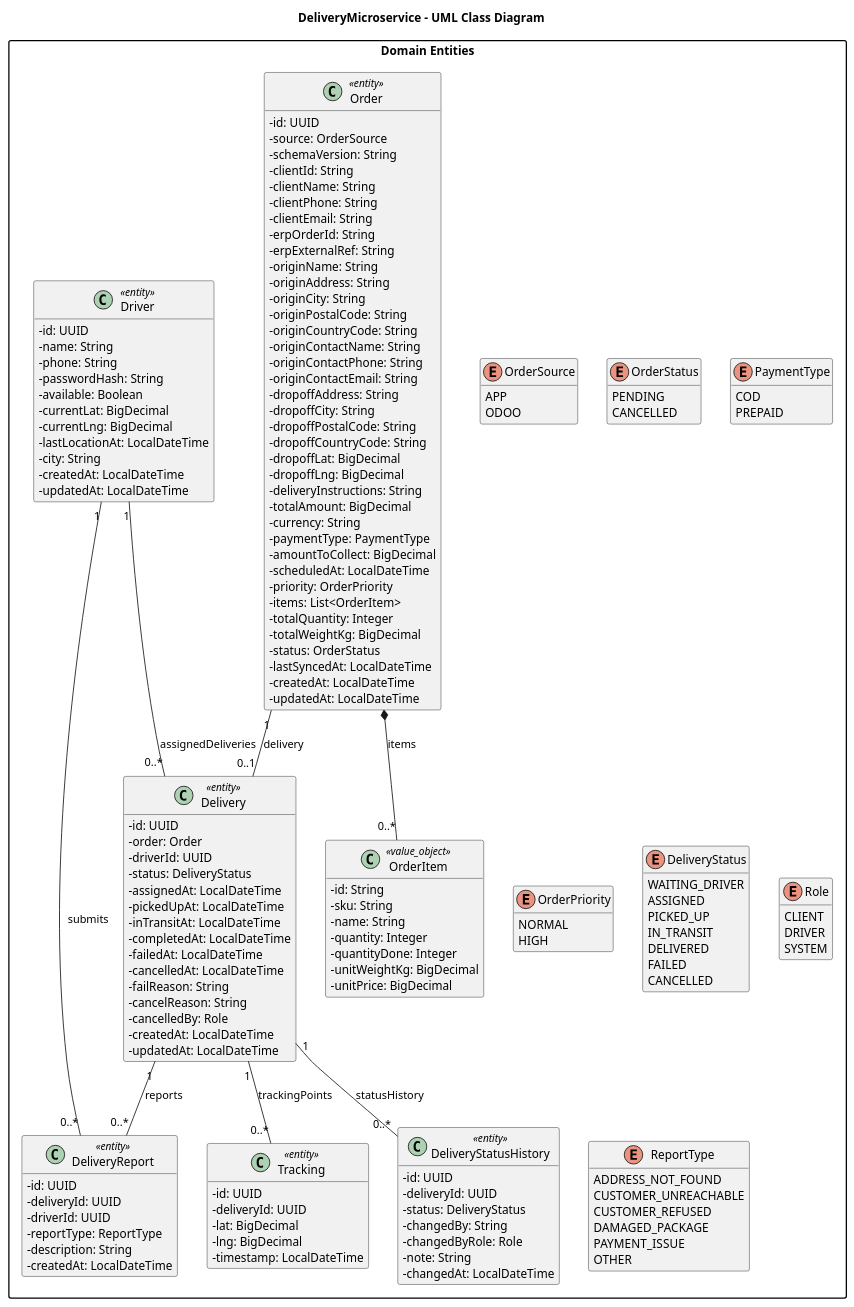
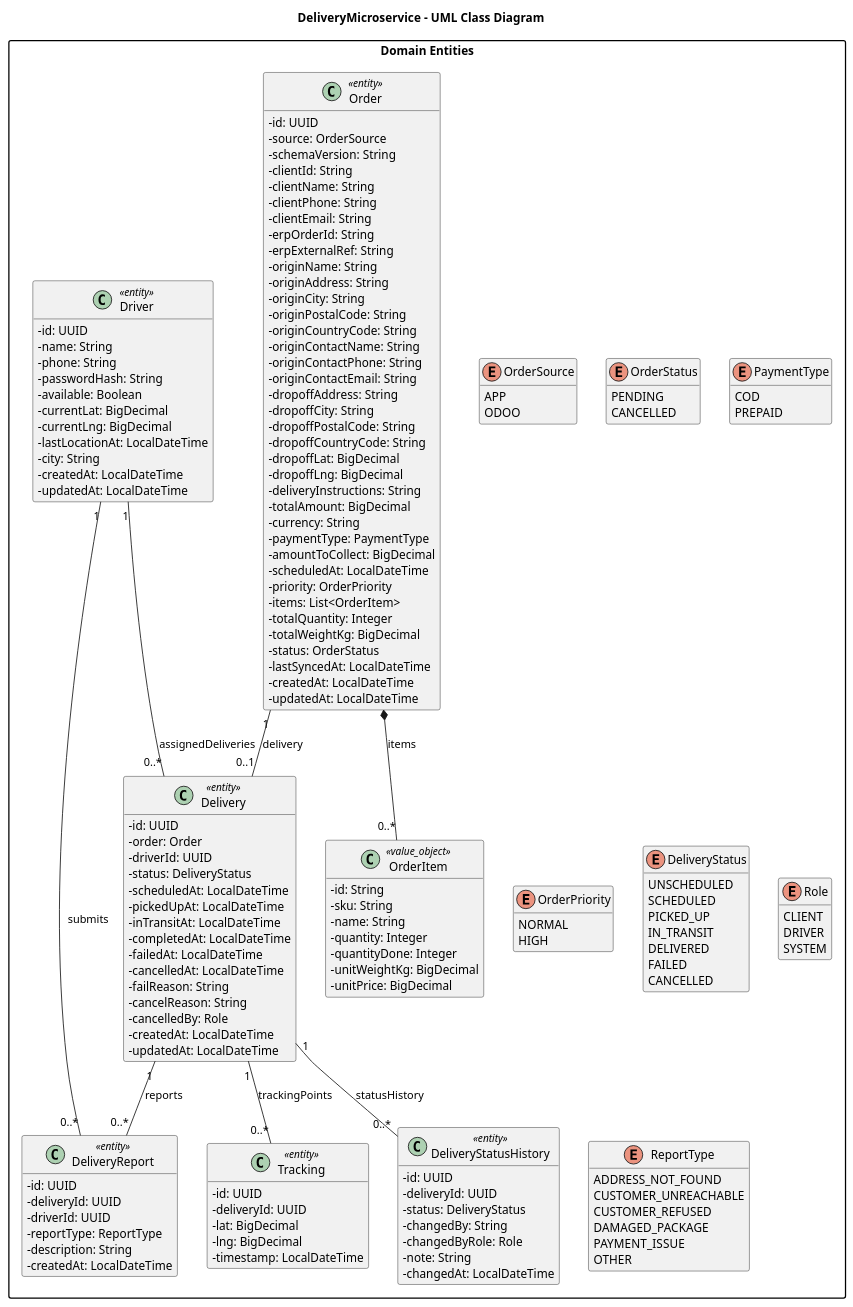
The diagram in Microservices/DeliveryMicroservice/uml/delivery_class_domain_model.puml (Moaziz667/asm-track), drawn with PlantUML before and after one commit. The commit also changed 376 other files, not shown here.

```diff
--- a/Microservices/DeliveryMicroservice/uml/delivery_class_domain_model.puml
+++ b/Microservices/DeliveryMicroservice/uml/delivery_class_domain_model.puml
@@ -1,174 +1,174 @@
 @startuml delivery_class_domain_model
 skinparam shadowing false
 skinparam classAttributeIconSize 0
 skinparam packageStyle rectangle
 hide empty members
 
 title DeliveryMicroservice - UML Class Diagram 
 
 package "Domain Entities" {
 	class Order <<entity>> {
 		- id: UUID
 		- source: OrderSource
 		- schemaVersion: String
 		- clientId: String
 		- clientName: String
 		- clientPhone: String
 		- clientEmail: String
 		- erpOrderId: String
 		- erpExternalRef: String
 		- originName: String
 		- originAddress: String
 		- originCity: String
 		- originPostalCode: String
 		- originCountryCode: String
 		- originContactName: String
 		- originContactPhone: String
 		- originContactEmail: String
 		- dropoffAddress: String
 		- dropoffCity: String
 		- dropoffPostalCode: String
 		- dropoffCountryCode: String
 		- dropoffLat: BigDecimal
 		- dropoffLng: BigDecimal
 		- deliveryInstructions: String
 		- totalAmount: BigDecimal
 		- currency: String
 		- paymentType: PaymentType
 		- amountToCollect: BigDecimal
 		- scheduledAt: LocalDateTime
 		- priority: OrderPriority
 		- items: List<OrderItem>
 		- totalQuantity: Integer
 		- totalWeightKg: BigDecimal
 		- status: OrderStatus
 		- lastSyncedAt: LocalDateTime
 		- createdAt: LocalDateTime
 		- updatedAt: LocalDateTime
 	}
 
 	class Delivery <<entity>> {
 		- id: UUID
 		- order: Order
 		- driverId: UUID
 		- status: DeliveryStatus
-		- assignedAt: LocalDateTime
+		- scheduledAt: LocalDateTime
 		- pickedUpAt: LocalDateTime
 		- inTransitAt: LocalDateTime
 		- completedAt: LocalDateTime
 		- failedAt: LocalDateTime
 		- cancelledAt: LocalDateTime
 		- failReason: String
 		- cancelReason: String
 		- cancelledBy: Role
 		- createdAt: LocalDateTime
 		- updatedAt: LocalDateTime
 	}
 
 	class Driver <<entity>> {
 		- id: UUID
 		- name: String
 		- phone: String
 		- passwordHash: String
 		- available: Boolean
 		- currentLat: BigDecimal
 		- currentLng: BigDecimal
 		- lastLocationAt: LocalDateTime
 		- city: String
 		- createdAt: LocalDateTime
 		- updatedAt: LocalDateTime
 	}
 
 	class Tracking <<entity>> {
 		- id: UUID
 		- deliveryId: UUID
 		- lat: BigDecimal
 		- lng: BigDecimal
 		- timestamp: LocalDateTime
 	}
 
 	class DeliveryStatusHistory <<entity>> {
 		- id: UUID
 		- deliveryId: UUID
 		- status: DeliveryStatus
 		- changedBy: String
 		- changedByRole: Role
 		- note: String
 		- changedAt: LocalDateTime
 	}
 
 	class DeliveryReport <<entity>> {
 		- id: UUID
 		- deliveryId: UUID
 		- driverId: UUID
 		- reportType: ReportType
 		- description: String
 		- createdAt: LocalDateTime
 	}
 
 	enum OrderSource {
 		APP
 		ODOO
 	}
 
 	enum OrderStatus {
 		PENDING
 		CANCELLED
 	}
 
 	enum PaymentType {
 		COD
 		PREPAID
 	}
 
 	enum OrderPriority {
 		NORMAL
 		HIGH
 	}
 
 	enum DeliveryStatus {
-		WAITING_DRIVER
-		ASSIGNED
+		UNSCHEDULED
+		SCHEDULED
 		PICKED_UP
 		IN_TRANSIT
 		DELIVERED
 		FAILED
 		CANCELLED
 	}
 
 	enum Role {
 		CLIENT
 		DRIVER
 		SYSTEM
 	}
 
 	enum ReportType {
 		ADDRESS_NOT_FOUND
 		CUSTOMER_UNREACHABLE
 		CUSTOMER_REFUSED
 		DAMAGED_PACKAGE
 		PAYMENT_ISSUE
 		OTHER
 	}
 
 	class OrderItem <<value_object>> {
 		- id: String
 		- sku: String
 		- name: String
 		- quantity: Integer
 		- quantityDone: Integer
 		- unitWeightKg: BigDecimal
 		- unitPrice: BigDecimal
 	}
 }
 
 ' Composition / Aggregation / Associations
 Order *-- "0..*" OrderItem : items
 Order "1" -- "0..1" Delivery : delivery
 Driver "1" -- "0..*" Delivery : assignedDeliveries
 Delivery "1" -- "0..*" Tracking : trackingPoints
 Delivery "1" -- "0..*" DeliveryStatusHistory : statusHistory
 Delivery "1" -- "0..*" DeliveryReport : reports
 Driver "1" -- "0..*" DeliveryReport : submits
 
 @enduml
```
